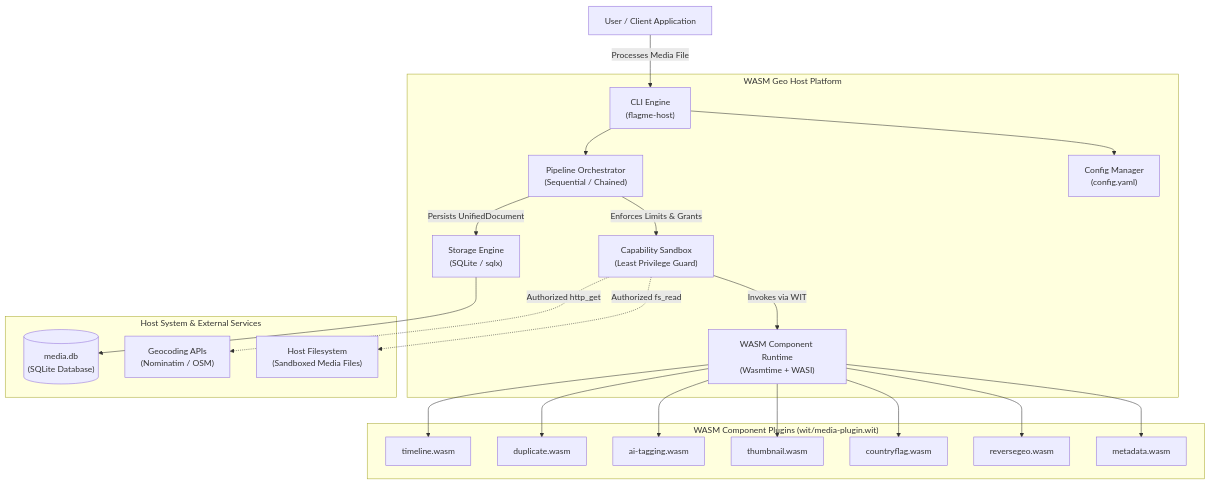
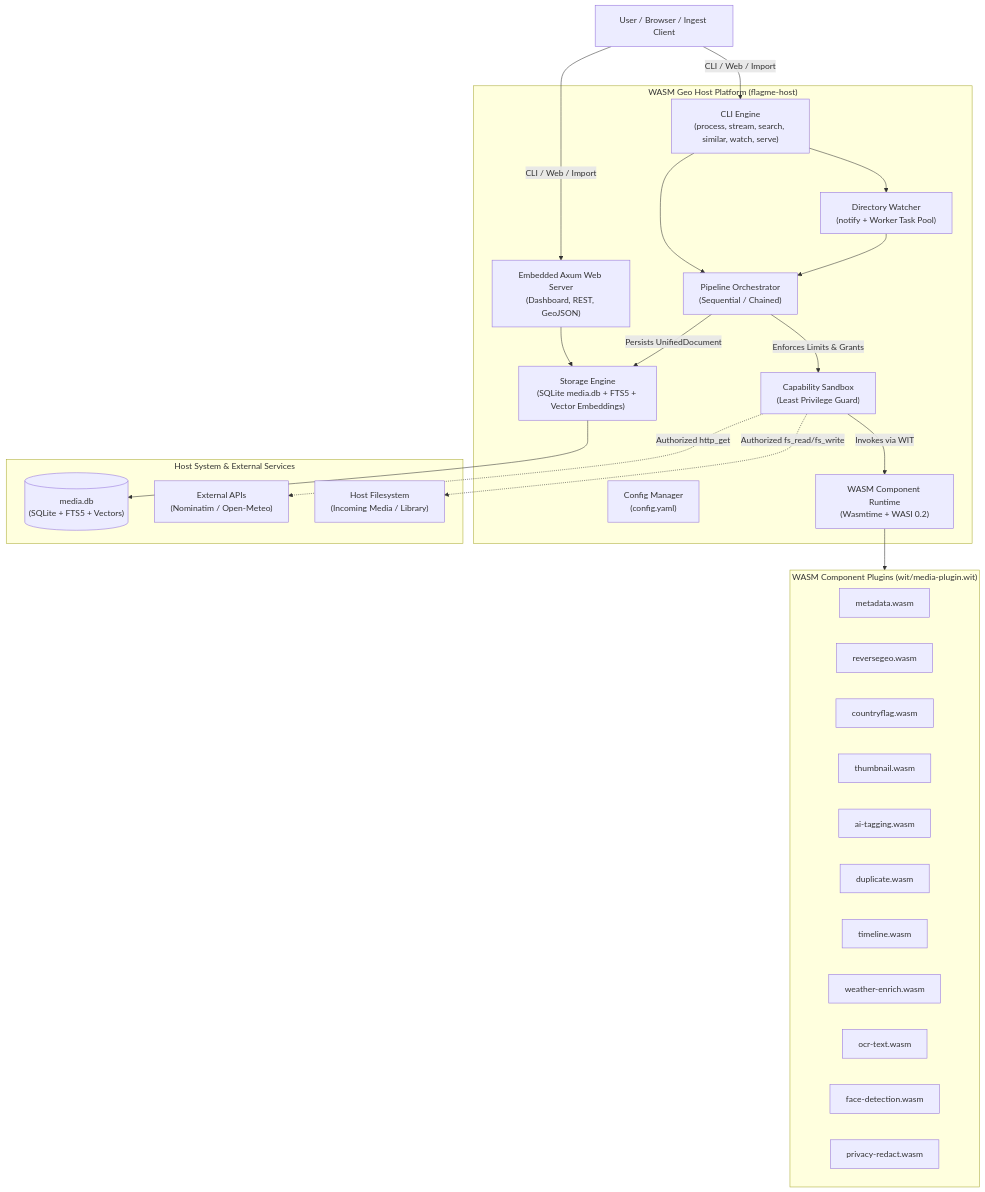
Before and after one commit to Zheng-Bote/wasm_geo-host: the first of 2 diagrams in README.md, drawn with Mermaid. The commit also changed other lines of this file, not shown here.

Commit message:
docs: update and complete README with all features, CLI commands, and 11 WASI plugins

````diff
--- a/README.md
+++ b/README.md
@@ -42,41 +44,49 @@
 ```mermaid
 flowchart TD
-    user["User / Client Application"]
+    user["User / Browser / Ingest Client"]
 
-    subgraph Platform["WASM Geo Host Platform"]
-        cli["CLI Engine\n(flagme-host)"]
+    subgraph Platform["WASM Geo Host Platform (flagme-host)"]
+        cli["CLI Engine\n(process, stream, search, similar, watch, serve)"]
+        web["Embedded Axum Web Server\n(Dashboard, REST, GeoJSON)"]
+        watcher["Directory Watcher\n(notify + Worker Task Pool)"]
         config["Config Manager\n(config.yaml)"]
         cap_manager["Capability Sandbox\n(Least Privilege Guard)"]
         orchestrator["Pipeline Orchestrator\n(Sequential / Chained)"]
-        runtime["WASM Component Runtime\n(Wasmtime + WASI)"]
-        storage["Storage Engine\n(SQLite / sqlx)"]
+        runtime["WASM Component Runtime\n(Wasmtime + WASI 0.2)"]
+        storage["Storage Engine\n(SQLite media.db + FTS5 + Vector Embeddings)"]
     end
 
     subgraph Plugins["WASM Component Plugins (wit/media-plugin.wit)"]
         p_meta["metadata.wasm"]
         p_geo["reversegeo.wasm"]
         p_flag["countryflag.wasm"]
         p_thumb["thumbnail.wasm"]
         p_ai["ai-tagging.wasm"]
         p_dup["duplicate.wasm"]
         p_time["timeline.wasm"]
+        p_weather["weather-enrich.wasm"]
+        p_ocr["ocr-text.wasm"]
+        p_face["face-detection.wasm"]
+        p_privacy["privacy-redact.wasm"]
     end
 
     subgraph External["Host System & External Services"]
-        fs["Host Filesystem\n(Sandboxed Media Files)"]
-        net["Geocoding APIs\n(Nominatim / OSM)"]
-        db[("media.db\n(SQLite Database)")]
+        fs["Host Filesystem\n(Incoming Media / Library)"]
+        net["External APIs\n(Nominatim / Open-Meteo)"]
+        db[("media.db\n(SQLite + FTS5 + Vectors)")]
     end
 
-    user -->|"Processes Media File"| cli
-    cli --> config
+    user -->|"CLI / Web / Import"| cli & web
+    cli --> watcher
+    watcher --> orchestrator
     cli --> orchestrator
     orchestrator -->|"Enforces Limits & Grants"| cap_manager
     cap_manager -->|"Invokes via WIT"| runtime
-    runtime --> p_meta & p_geo & p_flag & p_thumb & p_ai & p_dup & p_time
+    runtime --> Plugins
 
-    cap_manager -.->|"Authorized fs_read"| fs
+    cap_manager -.->|"Authorized fs_read/fs_write"| fs
     cap_manager -.->|"Authorized http_get"| net
     orchestrator -->|"Persists UnifiedDocument"| storage
     storage --> db
+    web --> storage
 ```
````
